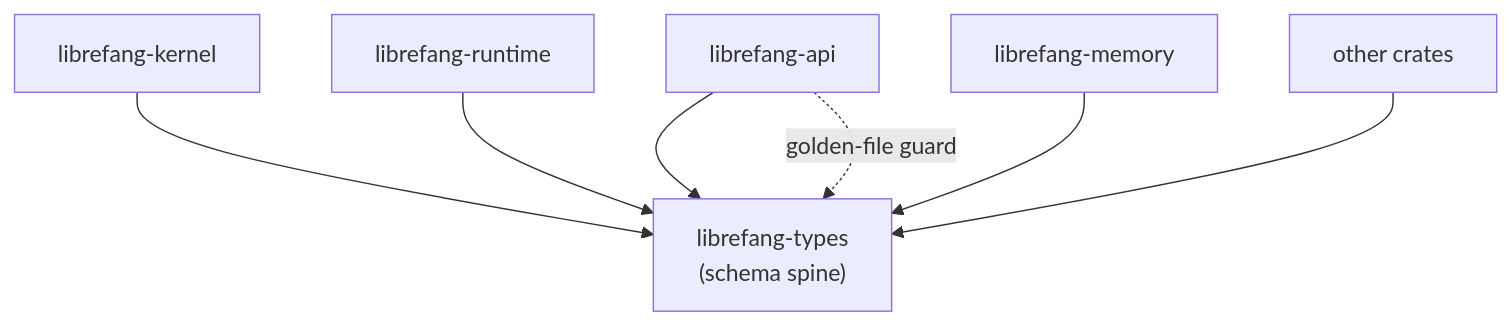
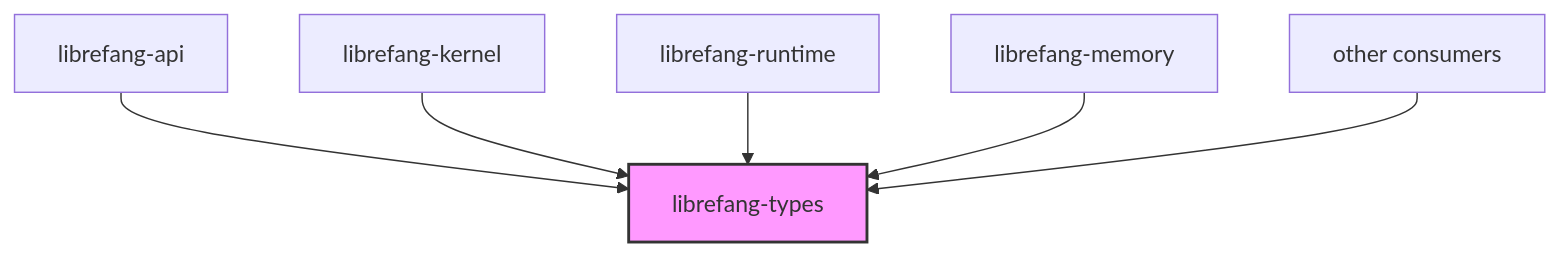
The diagram in other-librefang-types.md (leszek3737/librefang-WIki), drawn with Mermaid before and after one commit. The commit also changed other lines of this file and 110 other files, not shown here.

````diff
--- a/other-librefang-types.md
+++ b/other-librefang-types.md
@@ -9,17 +9,17 @@
 ```mermaid
 graph TD
-    LT["librefang-types<br/>(schema spine)"]
-    LK["librefang-kernel"]
-    LA["librefang-api"]
-    LR["librefang-runtime"]
-    LM["librefang-memory"]
-    LO["other crates"]
+    KT["librefang-types"]
+    API["librefang-api"]
+    Kernel["librefang-kernel"]
+    Runtime["librefang-runtime"]
+    Memory["librefang-memory"]
+    Other["other consumers"]
 
-    LK --> LT
-    LA --> LT
-    LR --> LT
-    LM --> LT
-    LO --> LT
+    API --> KT
+    Kernel --> KT
+    Runtime --> KT
+    Memory --> KT
+    Other --> KT
 
-    LA -.->|golden-file guard| LT
+    style KT fill:#f9f,stroke:#333,stroke-width:2px
 ```
````
